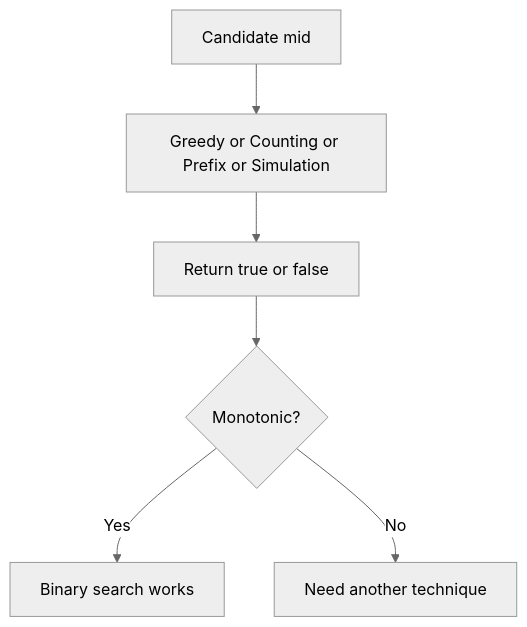
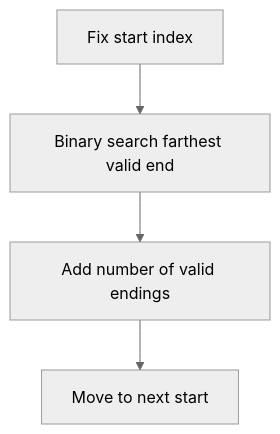
One commit to mthaiseer/springcloud-systemdesign-notes changed diagram 15 of 24 in CP_DSA_NOTES/CONCEPT_FRAMEWORK_FORMS_TATICS/binary_search_playbook.md. Above: the diagram before and after it, drawn with Mermaid (neutral theme). The commit also changed other lines of this file, not shown here.

````diff
--- a/CP_DSA_NOTES/CONCEPT_FRAMEWORK_FORMS_TATICS/binary_search_playbook.md
+++ b/CP_DSA_NOTES/CONCEPT_FRAMEWORK_FORMS_TATICS/binary_search_playbook.md
@@ -456,8 +512,6 @@
 ```mermaid
 flowchart TD
-    A["Candidate mid"] --> B["Greedy or Counting or Prefix or Simulation"]
-    B --> C["Return true or false"]
-    C --> D{"Monotonic?"}
-    D -->|"Yes"| E["Binary search works"]
-    D -->|"No"| F["Need another technique"]
+    A["Fix start index"] --> B["Binary search farthest valid end"]
+    B --> C["Add number of valid endings"]
+    C --> D["Move to next start"]
 ```
````
